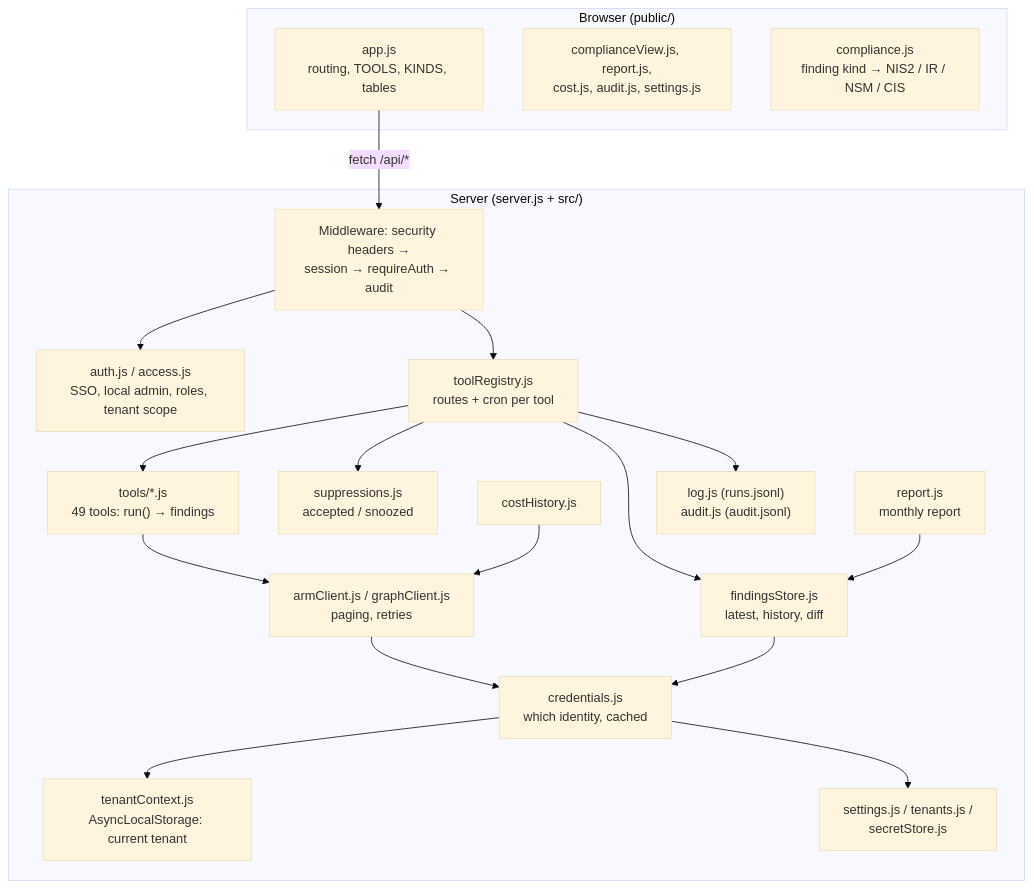
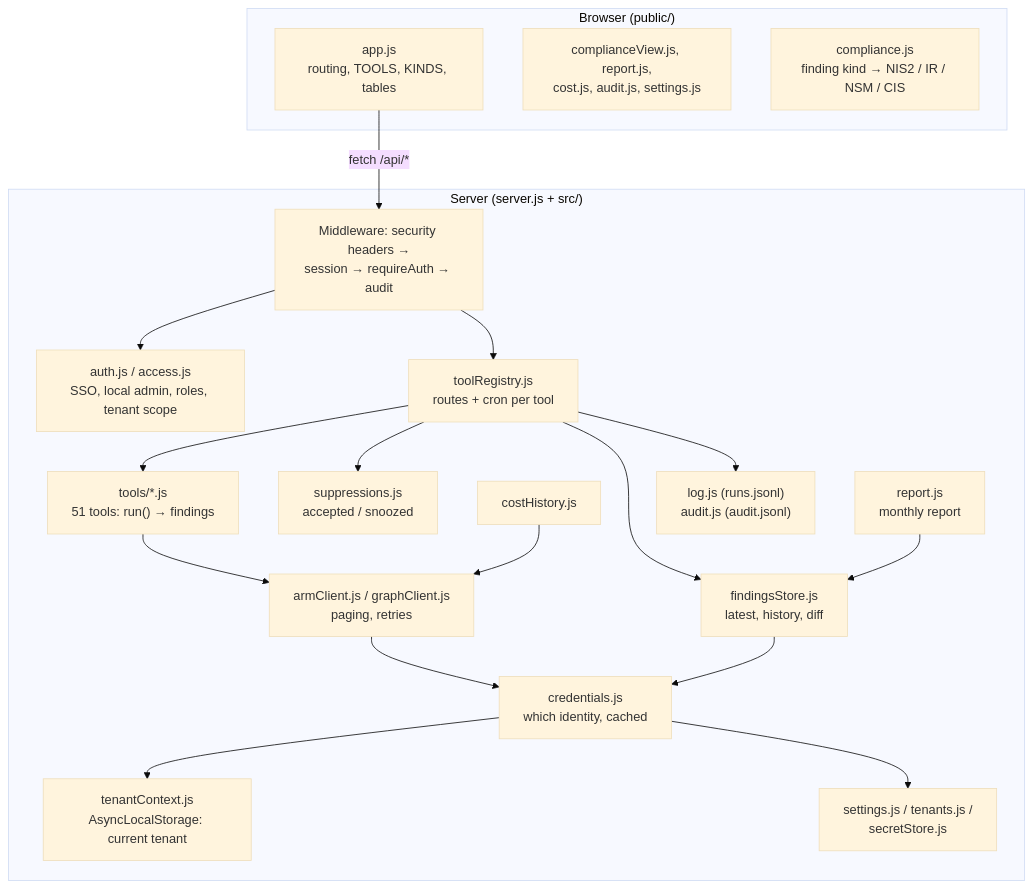
The diagram in docs/diagrams/arch-inside-app.mmd (Gooseankles/cirrus-watch), drawn with Mermaid (base theme) before and after one commit. The commit also changed 31 other files, not shown here.

Commit message:
0.69.0.0: Upcoming group with Azure news and Microsoft 365 roadmap; retirements and end of support move there

```diff
--- a/docs/diagrams/arch-inside-app.mmd
+++ b/docs/diagrams/arch-inside-app.mmd
@@ -1,35 +1,35 @@
 flowchart TB
   subgraph browser["Browser (public/)"]
     appjs["app.js<br/>routing, TOOLS, KINDS, tables"]
     views["complianceView.js, report.js,<br/>cost.js, audit.js, settings.js"]
     comp["compliance.js<br/>finding kind → NIS2 / IR / NSM / CIS"]
   end
   subgraph server["Server (server.js + src/)"]
     mw["Middleware: security headers →<br/>session → requireAuth → audit"]
     auth["auth.js / access.js<br/>SSO, local admin, roles, tenant scope"]
     reg["toolRegistry.js<br/>routes + cron per tool"]
-    tools["tools/*.js<br/>49 tools: run() → findings"]
+    tools["tools/*.js<br/>51 tools: run() → findings"]
     clients["armClient.js / graphClient.js<br/>paging, retries"]
     cred["credentials.js<br/>which identity, cached"]
     ctx["tenantContext.js<br/>AsyncLocalStorage: current tenant"]
     store["findingsStore.js<br/>latest, history, diff"]
     supp["suppressions.js<br/>accepted / snoozed"]
     cost["costHistory.js"]
     rep["report.js<br/>monthly report"]
     cfg["settings.js / tenants.js /<br/>secretStore.js"]
     logs["log.js (runs.jsonl)<br/>audit.js (audit.jsonl)"]
   end
   appjs -- "fetch /api/*" --> mw
   mw --> auth
   mw --> reg
   reg --> tools
   tools --> clients
   clients --> cred
   cred --> ctx
   cred --> cfg
   reg --> store
   reg --> supp
   reg --> logs
   rep --> store
   cost --> clients
   store --> cred
```
